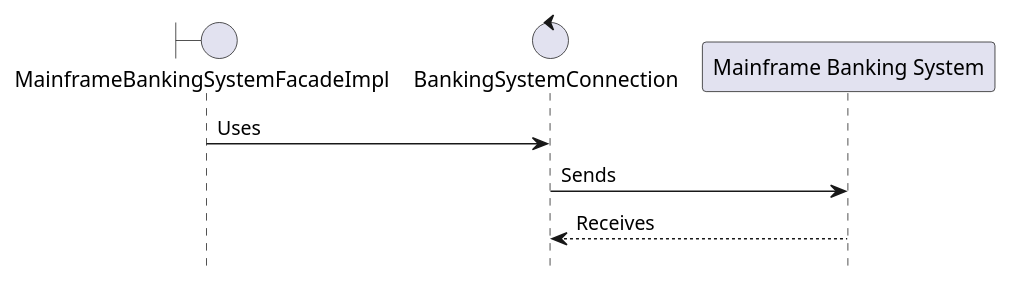
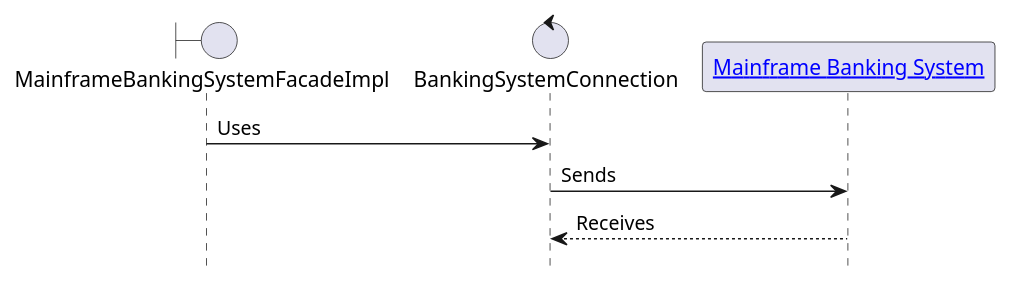
One commit to Nasdanika-Demos/internet-banking-system-php changed the diagram in internet-banking-system/api-application/mainframe-banking-system-facade/mainframe-banking-system-facace-impl.md. Above: the diagram before and after it, drawn with PlantUML.

Commit message:
One more attempt with the sequence diagram

````diff
--- a/internet-banking-system/api-application/mainframe-banking-system-facade/mainframe-banking-system-facace-impl.md
+++ b/internet-banking-system/api-application/mainframe-banking-system-facade/mainframe-banking-system-facace-impl.md
@@ -4,13 +4,11 @@
 ```uml
-hide footbox
-
 hide footbox
 
 boundary MainframeBankingSystemFacadeImpl 
 control BankingSystemConnection
-participant "Mainframe Banking System" as MBS [[../../../../mainframe-banking-system/index.html]]
+participant "[[../../../../mainframe-banking-system/index.html{Stores all of the core banking information} Mainframe Banking System]]" as MBS 
 
 MainframeBankingSystemFacadeImpl -> BankingSystemConnection: Uses
 BankingSystemConnection -> MBS : Sends
 BankingSystemConnection <-- MBS : Receives
 ```
````
